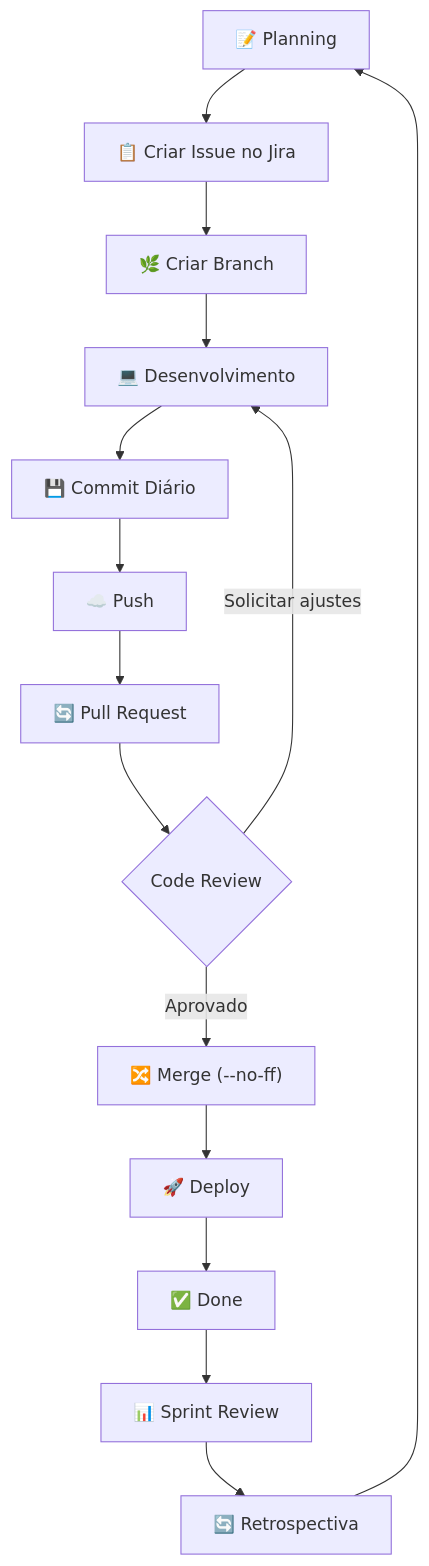
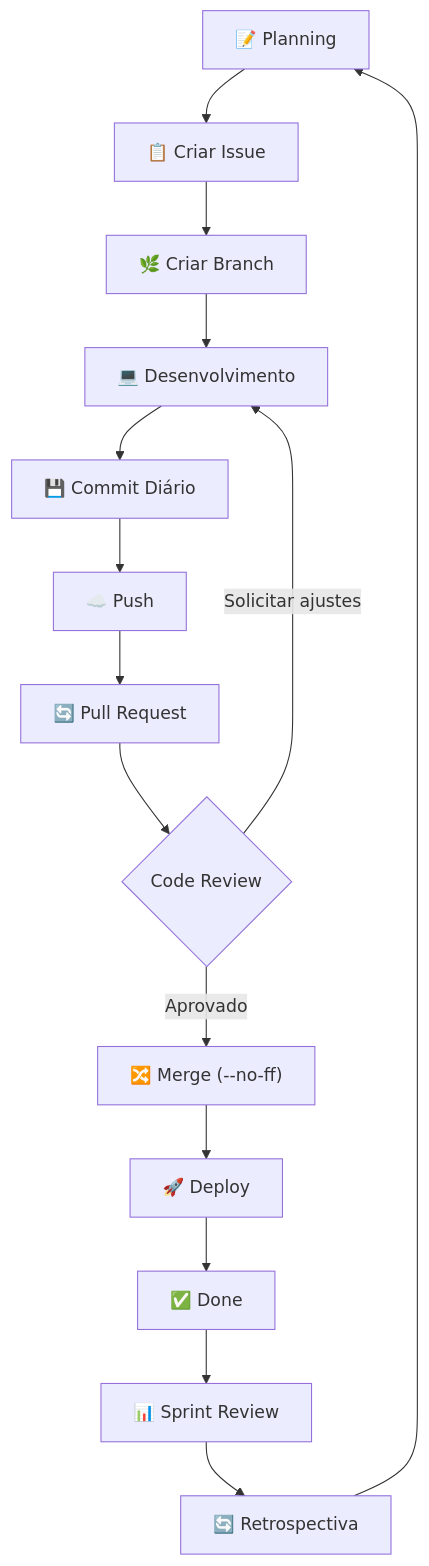
Before and after one commit to Fximis/imersao-profissional-projeto-de-software: the diagram in README.md, drawn with Mermaid.

Commit message:
Update flowchart to remove 'no Jira' from issue creation

````diff
--- a/README.md
+++ b/README.md
@@ -319,31 +319,31 @@
 ```mermaid
 flowchart TD
 
-    A["📝 Planning"] --> B["📋 Criar Issue no Jira"]
+    A["📝 Planning"] --> B["📋 Criar Issue"]
 
     B --> C["🌿 Criar Branch"]
 
     C --> D["💻 Desenvolvimento"]
 
     D --> E["💾 Commit Diário"]
 
     E --> F["☁️ Push"]
 
     F --> G["🔄 Pull Request"]
 
     G --> H{"Code Review"}
 
     H -->|Aprovado| I["🔀 Merge (--no-ff)"]
 
     H -->|Solicitar ajustes| D
 
     I --> J["🚀 Deploy"]
 
     J --> K["✅ Done"]
 
     K --> L["📊 Sprint Review"]
 
     L --> M["🔄 Retrospectiva"]
 
     M --> A
 ```
````
